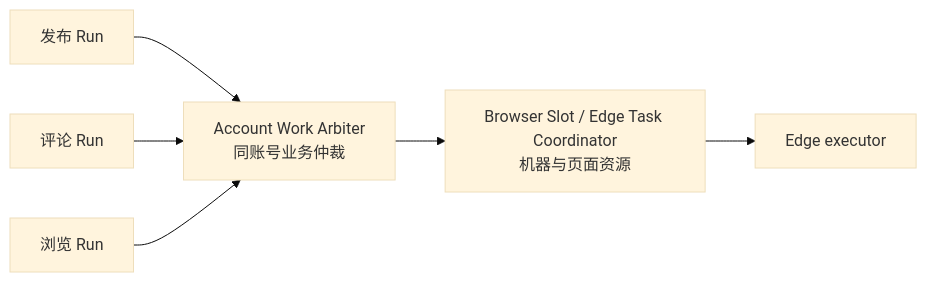
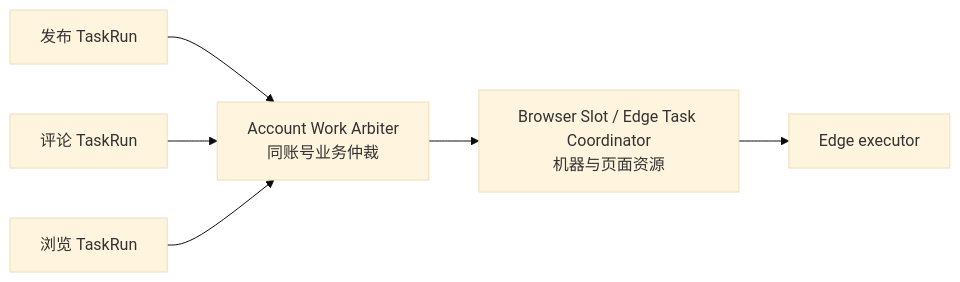
One commit to tommax-bai/aidcp changed the third of 6 diagrams in openspec/changes/add-managed-automation-runtime/design.md. Above: the diagram before and after it, drawn with Mermaid (base theme). The commit also changed other lines of this file and 8 other files, not shown here.

````diff
--- a/openspec/changes/add-managed-automation-runtime/design.md
+++ b/openspec/changes/add-managed-automation-runtime/design.md
@@ -358,14 +553,14 @@
 ```mermaid
 flowchart LR
-  W1["发布 Run"]
-  W2["评论 Run"]
-  W3["浏览 Run"]
+  W1["发布 TaskRun"]
+  W2["评论 TaskRun"]
+  W3["浏览 TaskRun"]
   AR["Account Work Arbiter<br/>同账号业务仲裁"]
   BS["Browser Slot / Edge Task Coordinator<br/>机器与页面资源"]
   E["Edge executor"]
   W1 --> AR
   W2 --> AR
   W3 --> AR
   AR --> BS
   BS --> E
 ```
````
